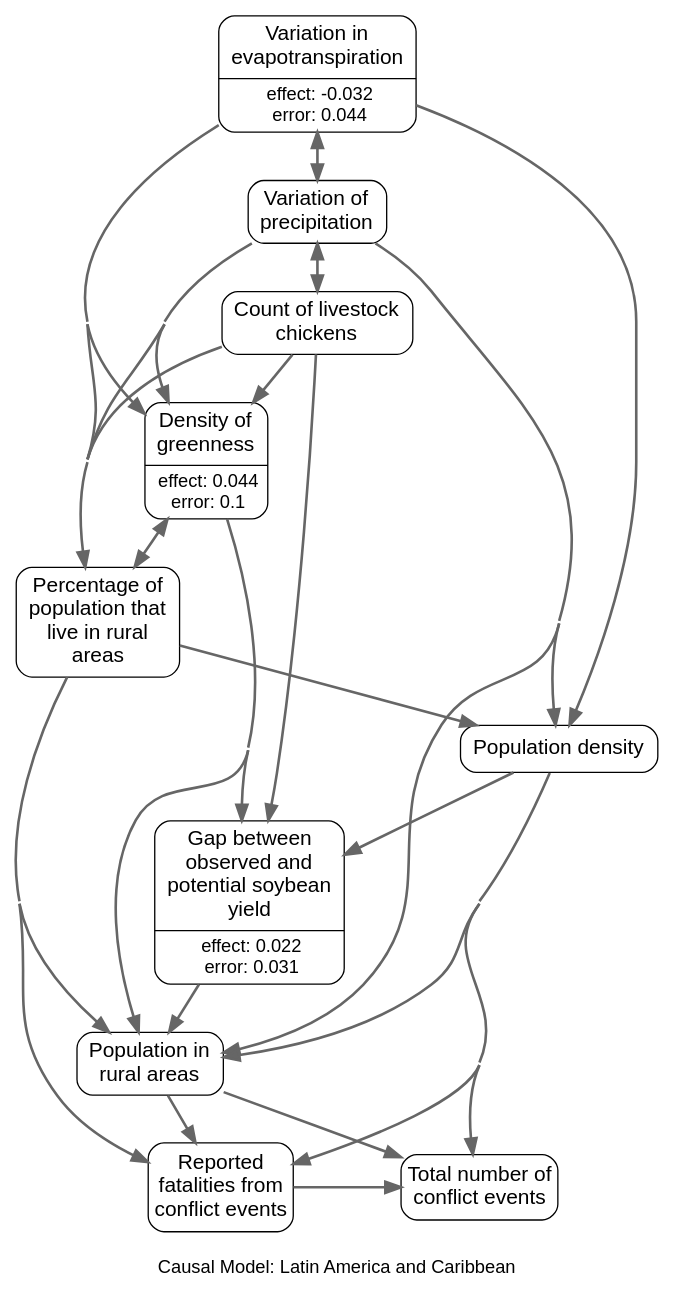
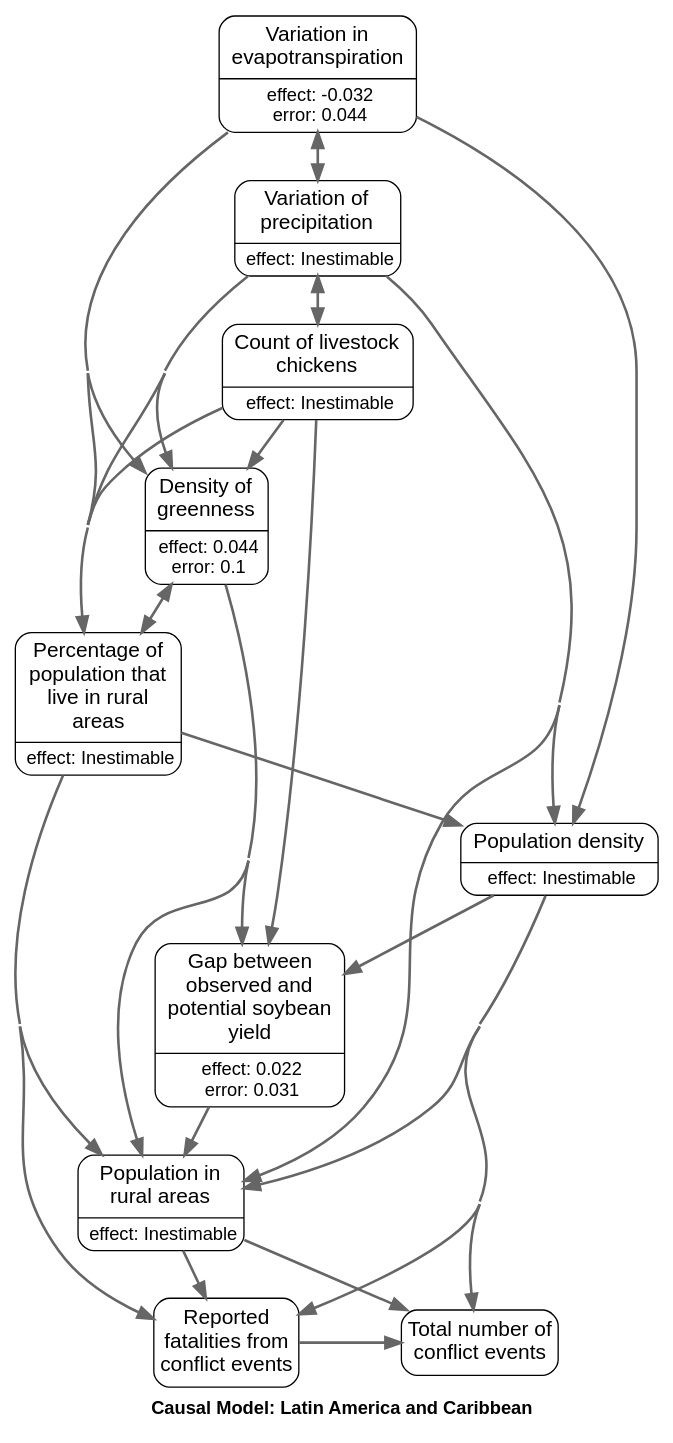
One commit to wri/wri-wpsi changed the diagram in app/javascript/images/regions/causal_graphs/latin_america_and_caribbean.gv. Above: the diagram before and after it, drawn with Graphviz. The commit also changed 14 other files, not shown here.

Commit message:
graph updates, add legend

```diff
--- a/app/javascript/images/regions/causal_graphs/latin_america_and_caribbean.gv
+++ b/app/javascript/images/regions/causal_graphs/latin_america_and_caribbean.gv
@@ -1,88 +1,87 @@
 # generated file for region: latin_america_and_caribbean by CausalModelRegionGenerator
 strict digraph causalModel {
 fontname="Helvetica, Arial, sans-serif";
-label="
-Causal Model: Latin America and Caribbean";
+label=<<TABLE BORDER="0" CELLBORDER="0" CELLSPACING="0"><TR><TD></TD></TR><TR><TD ALIGN="LEFT"><B>Causal Model: Latin America and Caribbean</B></TD></TR></TABLE>>;
 labelloc = b;
 nodesep = 0.4;
 concentrate = true;
 node[shape = Mrecord, fontname = "Helvetica, Arial, sans-serif", margin = "0.10,0.06", penwidth = 1.0];
 edge[arrowsize = 1.2 penwidth = 2 color="#666666"];
 
 # nodes
 et_anom_m_STD_m [label = <{<table align="center" border="0" cellspacing="1" cellpadding="1">
 <tr><td><font point-size="16">Variation in<br/>evapotranspiration<br/></font></td></tr>
 </table>
 |<table border="0" cellspacing="1" cellpadding="0.5"><tr><td><font point-size="14">effect: -0.032</font></td></tr>
 <tr><td><font point-size="14">error: 0.044</font></td></tr></table>}>, class = rankB];
-chicken_number_s [label = <<table align="center" border="0" cellspacing="1" cellpadding="1">
+chicken_number_s [label = <{<table align="center" border="0" cellspacing="1" cellpadding="1">
 <tr><td><font point-size="16">Count of livestock<br/>chickens<br/></font></td></tr>
 </table>
->, class = rankB];
-spi_3_m [label = <<table align="center" border="0" cellspacing="1" cellpadding="1">
+|<table border="0" cellspacing="1" cellpadding="0.5"><tr><td><font point-size="14">effect: Inestimable</font></td></tr></table>}>, class = rankB];
+spi_3_m [label = <{<table align="center" border="0" cellspacing="1" cellpadding="1">
 <tr><td><font point-size="16">Variation of<br/>precipitation<br/></font></td></tr>
 </table>
->, class = rankB];
-rurpop_s [label = <<table align="center" border="0" cellspacing="1" cellpadding="1">
+|<table border="0" cellspacing="1" cellpadding="0.5"><tr><td><font point-size="14">effect: Inestimable</font></td></tr></table>}>, class = rankB];
+rurpop_s [label = <{<table align="center" border="0" cellspacing="1" cellpadding="1">
 <tr><td><font point-size="16">Population in<br/>rural areas<br/></font></td></tr>
 </table>
->, class = rankB];
+|<table border="0" cellspacing="1" cellpadding="0.5"><tr><td><font point-size="14">effect: Inestimable</font></td></tr></table>}>, class = rankB];
 yield_gap_soybean_s [label = <{<table align="center" border="0" cellspacing="1" cellpadding="1">
 <tr><td><font point-size="16">Gap between<br/>observed and<br/>potential soybean<br/>yield<br/></font></td></tr>
 </table>
 |<table border="0" cellspacing="1" cellpadding="0.5"><tr><td><font point-size="14">effect: 0.022</font></td></tr>
 <tr><td><font point-size="14">error: 0.031</font></td></tr></table>}>, class = rankB];
-rurratio_s [label = <<table align="center" border="0" cellspacing="1" cellpadding="1">
+rurratio_s [label = <{<table align="center" border="0" cellspacing="1" cellpadding="1">
 <tr><td><font point-size="16">Percentage of<br/>population that<br/>live in rural<br/>areas<br/></font></td></tr>
 </table>
->, class = rankB];
-locdensity_y [label = <<table align="center" border="0" cellspacing="1" cellpadding="1">
+|<table border="0" cellspacing="1" cellpadding="0.5"><tr><td><font point-size="14">effect: Inestimable</font></td></tr></table>}>, class = rankB];
+locdensity_y [label = <{<table align="center" border="0" cellspacing="1" cellpadding="1">
 <tr><td><font point-size="16">Population density</font></td></tr>
 </table>
->, class = rankB];
+|<table border="0" cellspacing="1" cellpadding="0.5"><tr><td><font point-size="14">effect: Inestimable</font></td></tr></table>}>, class = rankB];
 ndvi_act_min_m [label = <{<table align="center" border="0" cellspacing="1" cellpadding="1">
 <tr><td><font point-size="16">Density of<br/>greenness<br/></font></td></tr>
 </table>
 |<table border="0" cellspacing="1" cellpadding="0.5"><tr><td><font point-size="14">effect: 0.044</font></td></tr>
 <tr><td><font point-size="14">error: 0.1</font></td></tr></table>}>, class = rankB];
 acl_sum_evnt_m [label = "Total number of
 conflict events" class = rankC shape=box style=rounded fontsize="16pt" margin = "0.05,0.10"];
 acl_sum_fatl_m [label = "Reported
 fatalities from
 conflict events" class = rankC shape=box style=rounded fontsize="16pt" margin = "0.05,0.10"];
 
 #ranks
 {rank=same; acl_sum_evnt_m acl_sum_fatl_m; }
 
 # links
 et_anom_m_STD_m -> spi_3_m;
 et_anom_m_STD_m -> rurratio_s;
 et_anom_m_STD_m -> locdensity_y;
 et_anom_m_STD_m -> ndvi_act_min_m;
 chicken_number_s -> spi_3_m;
 chicken_number_s -> yield_gap_soybean_s;
 chicken_number_s -> rurratio_s;
 chicken_number_s -> ndvi_act_min_m;
 spi_3_m -> et_anom_m_STD_m;
 spi_3_m -> chicken_number_s;
 spi_3_m -> rurpop_s;
 spi_3_m -> rurratio_s;
 spi_3_m -> locdensity_y;
 spi_3_m -> ndvi_act_min_m;
 rurpop_s -> acl_sum_evnt_m;
 rurpop_s -> acl_sum_fatl_m;
 yield_gap_soybean_s -> rurpop_s;
 rurratio_s -> rurpop_s;
 rurratio_s -> locdensity_y;
 rurratio_s -> ndvi_act_min_m;
 rurratio_s -> acl_sum_fatl_m;
 locdensity_y -> rurpop_s;
 locdensity_y -> yield_gap_soybean_s;
 locdensity_y -> acl_sum_evnt_m;
 locdensity_y -> acl_sum_fatl_m;
 ndvi_act_min_m -> rurpop_s;
 ndvi_act_min_m -> yield_gap_soybean_s;
 ndvi_act_min_m -> rurratio_s;
 acl_sum_fatl_m -> acl_sum_evnt_m;
 
 }
```
